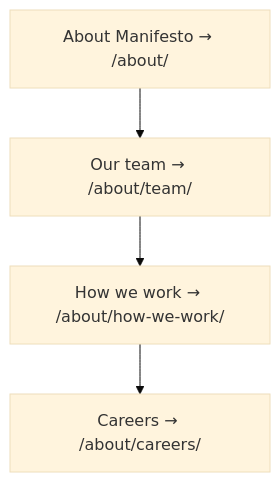
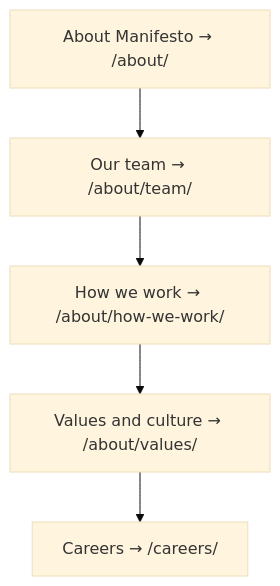
The fifth of 7 diagrams in docs/diagrams/mega-nav.md (gsdd/temp-manifesto-ia), drawn with Mermaid (base theme) before and after one commit. The commit also changed other lines of this file and 1 other file, not shown here.

Commit message:
v2 mermaid diagrams for the three-column mega-nav, triangle mapping and sitemap

````diff
--- a/docs/diagrams/mega-nav.md
+++ b/docs/diagrams/mega-nav.md
@@ -126,8 +104,9 @@
 ```mermaid
 flowchart TB
     A1["About Manifesto → /about/"]
     A2["Our team → /about/team/"]
     A3["How we work → /about/how-we-work/"]
-    A4["Careers → /about/careers/"]
-    A1 --> A2 --> A3 --> A4
+    A4["Values and culture → /about/values/"]
+    A5["Careers → /careers/"]
+    A1 --> A2 --> A3 --> A4 --> A5
 ```
````
